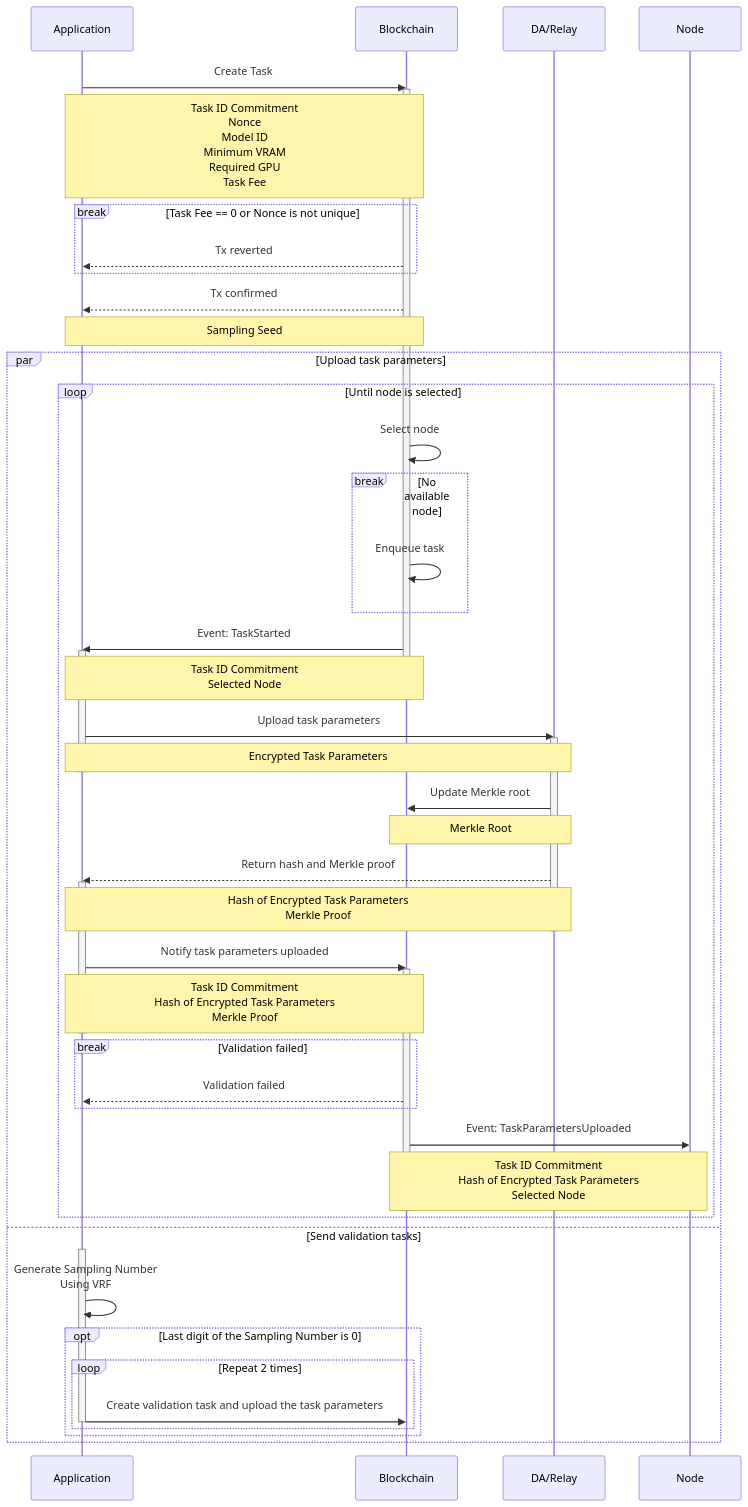
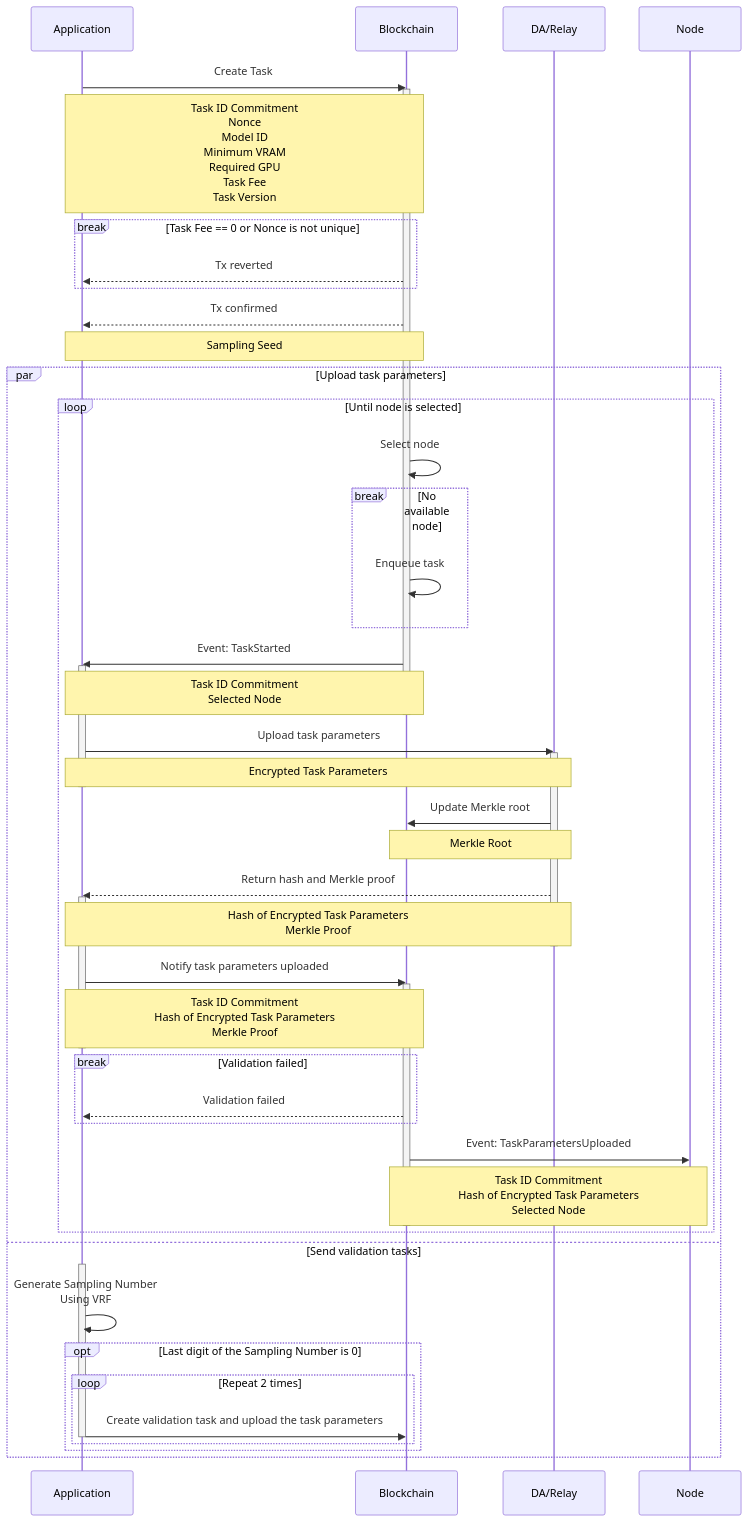
Before and after one commit to crynux-ai/documentation: the first of 4 diagrams in gitbook/system-design/task-lifecycle.md, drawn with Mermaid.

Commit message:
GITBOOK-346: No subject

````diff
--- a/gitbook/system-design/task-lifecycle.md
+++ b/gitbook/system-design/task-lifecycle.md
@@ -97,64 +97,64 @@
 ```mermaid
 sequenceDiagram
     Participant A as Application
     Participant B as Blockchain
     Participant R as DA/Relay
     Participant N as Node
 
     A ->> B: Create Task
     activate B
-    Note over A,B: Task ID Commitment<br/>Nonce<br/>Model ID<br/>Minimum VRAM<br/>Required GPU<br/>Task Fee
+    Note over A,B: Task ID Commitment<br/>Nonce<br/>Model ID<br/>Minimum VRAM<br/>Required GPU<br/>Task Fee<br/>Task Version
 
     break Task Fee == 0 or Nonce is not unique
         B -->> A: Tx reverted
     end
     
     B -->> A: Tx confirmed
     Note over A,B: Sampling Seed
 
     par Upload task parameters
 
         loop Until node is selected
             B ->> B: Select node
             
             break No available node
                 B ->> B: Enqueue task
             end
 
             B ->> A: Event: TaskStarted
             activate A
             Note over A,B: Task ID Commitment<br />Selected Node
             deactivate B
             A ->> R: Upload task parameters
             activate R
             note over A,R: Encrypted Task Parameters
             deactivate A
             R ->> B: Update Merkle root
             note over B,R: Merkle Root
             R -->> A: Return hash and Merkle proof
             activate A
             note over A,R: Hash of Encrypted Task Parameters<br/>Merkle Proof
             deactivate R
             A ->> B: Notify task parameters uploaded
             activate B
             note over A,B: Task ID Commitment<br/>Hash of Encrypted Task Parameters<br/>Merkle Proof
             deactivate A
             break Validation failed
                 B -->> A: Validation failed
             end
             B ->> N: Event: TaskParametersUploaded
             note over B,N: Task ID Commitment<br/>Hash of Encrypted Task Parameters<br/>Selected Node
             deactivate B
         end
 
     and Send validation tasks
         activate A
         A ->> A: Generate Sampling Number<br/>Using VRF
         opt Last digit of the Sampling Number is 0
             loop Repeat 2 times
                 A ->> B: Create validation task and upload the task parameters
                 deactivate A
             end
         end    
     end
 ```
````
